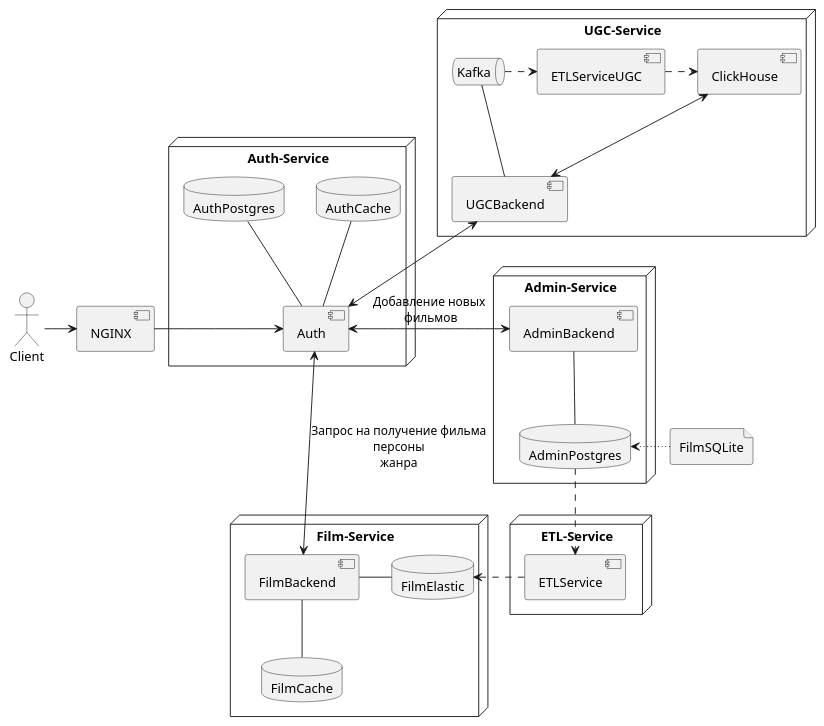
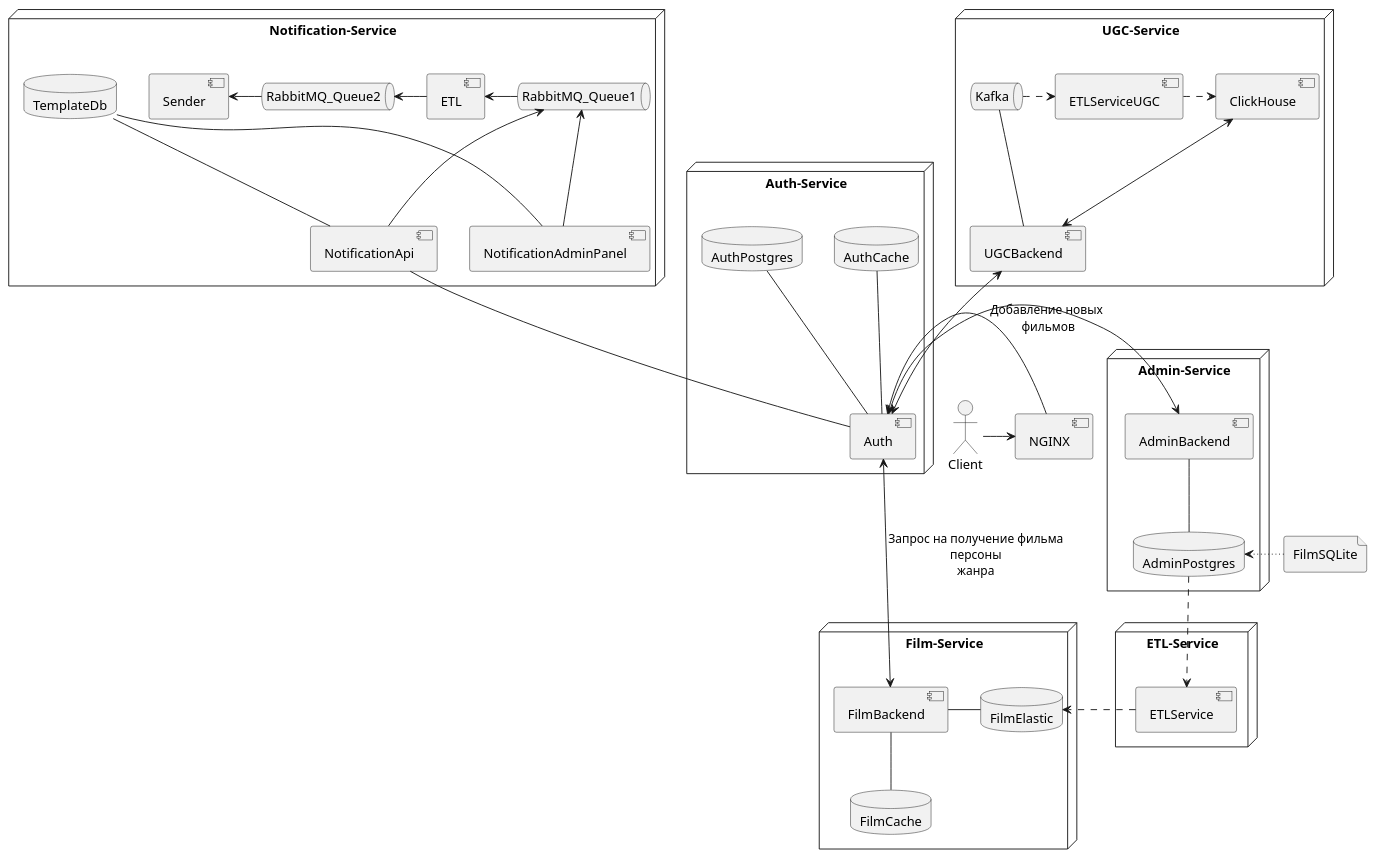
Before and after one commit to AndreiUkladchikov/YandexPracticumTeam: the diagram in schemas/Architecture_TO_BE.puml, drawn with PlantUML. The commit also changed 13 other files, not shown here.

Commit message:
Docker, readme and UML

```diff
--- a/schemas/Architecture_TO_BE.puml
+++ b/schemas/Architecture_TO_BE.puml
@@ -1,64 +1,84 @@
-@startuml
+@startuml Architecture
+
 skinparam componentStyle uml2
 actor Client
 component NGINX
 file FilmSQLite
 
 
 node Auth-Service{
 component Auth
 database AuthPostgres
 database AuthCache
 }
 
 node Admin-Service{
 component AdminBackend
 database AdminPostgres
 }
 
 node Film-Service{
 component FilmBackend
 database FilmElastic
 database FilmCache
 }
 
 node ETL-Service{
 component ETLService
 }
 
 
 node UGC-Service{
 component UGCBackend
 queue Kafka
 component ClickHouse
 component ETLServiceUGC
 }
 
+node Notification-Service{
+component NotificationAdminPanel
+component NotificationApi
+database TemplateDb
+queue RabbitMQ_Queue1
+queue RabbitMQ_Queue2
+component ETL
+component Sender
+}
+
+NotificationAdminPanel -up- TemplateDb
+NotificationApi -up- TemplateDb
+NotificationAdminPanel -up-> RabbitMQ_Queue1
+NotificationApi -up-> RabbitMQ_Queue1
+RabbitMQ_Queue1 -left-> ETL
+ETL -left-> RabbitMQ_Queue2
+RabbitMQ_Queue2 -left-> Sender
+Auth -up- NotificationApi
+
 Client -> NGINX
 NGINX -> Auth
 Auth -up- AuthPostgres
 Auth -up- AuthCache
 Auth <-left-> AdminBackend: Добавление новых\n фильмов
 AdminBackend -down- AdminPostgres
 
 FilmSQLite-[dotted]right-->AdminPostgres
 
 Auth <-> FilmBackend: Запрос на получение фильма\nперсоны\nжанра
 FilmBackend -right- FilmElastic
 FilmBackend -down- FilmCache
 
 
 AdminPostgres-[dashed]->ETLService
 ETLService-[dashed]>FilmElastic
 
 Kafka-[dashed]>ETLServiceUGC
 ETLServiceUGC-[dashed]>ClickHouse
 
 ClickHouse<-->UGCBackend
 
 Auth<-up->UGCBackend
 UGCBackend-right-Kafka
 
 
 
 @enduml
```
